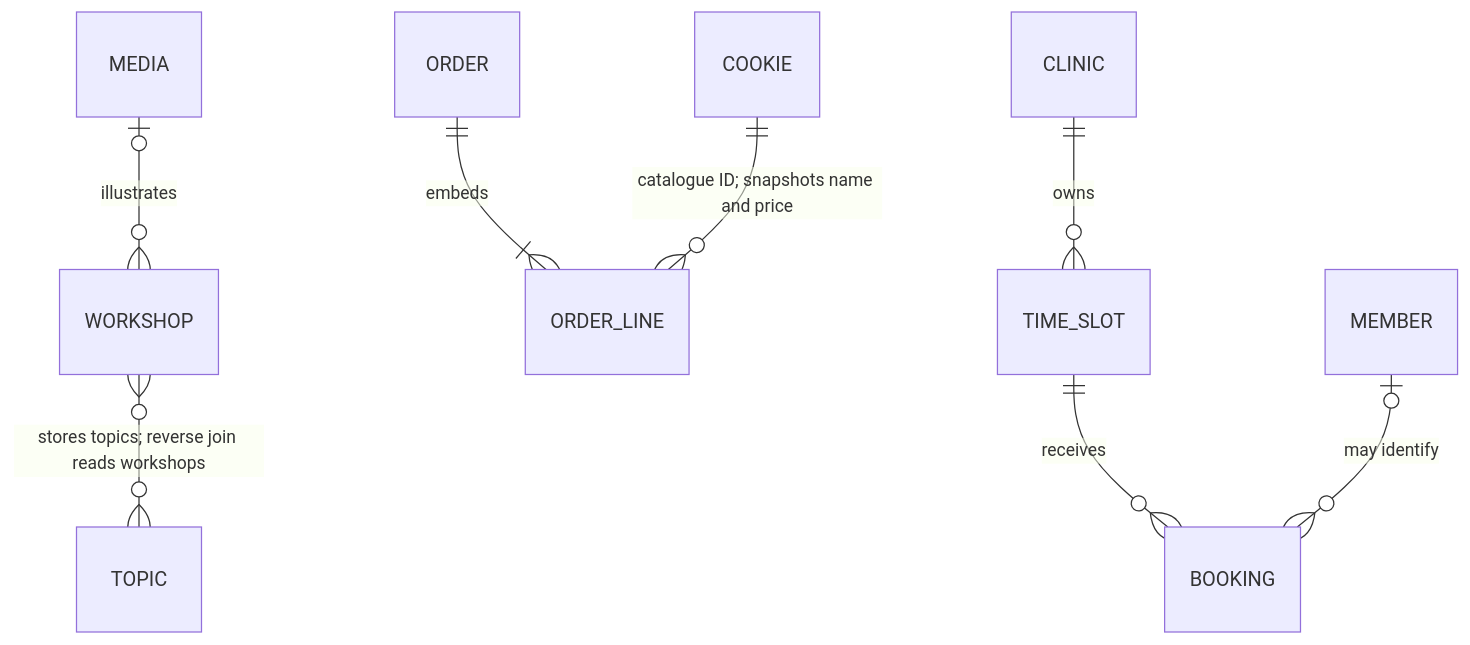
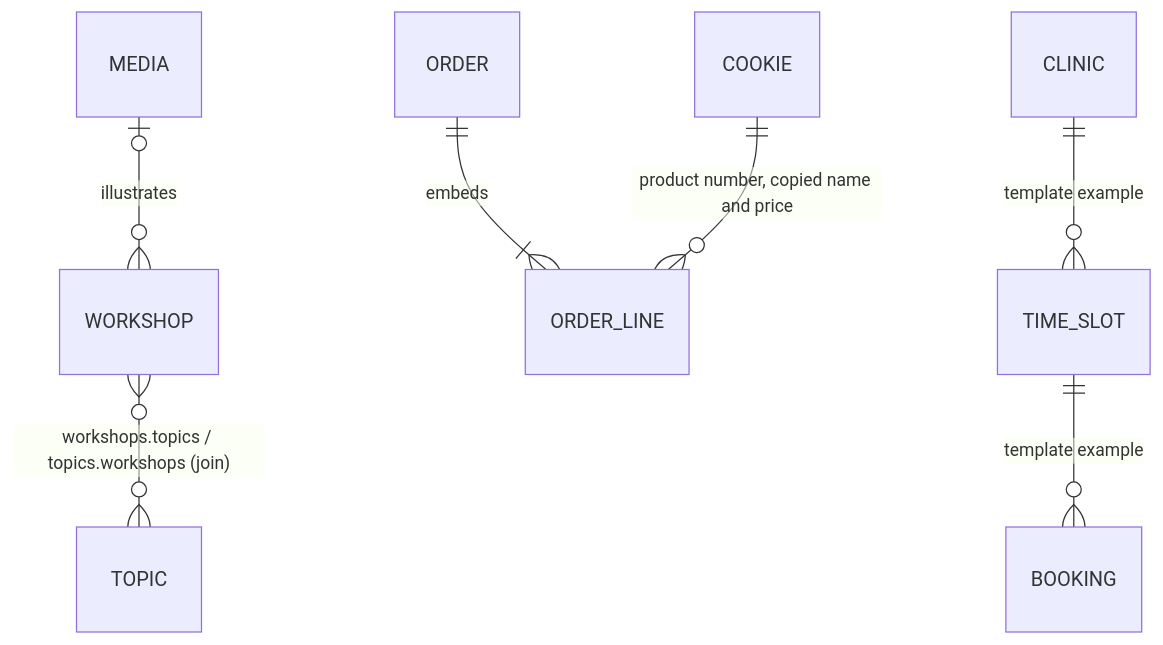
One commit to jonashey1/team11-cookie-shop changed the diagram in docs/content-structure.md. Above: the diagram before and after it, drawn with Mermaid. The commit also changed other lines of this file and 4 other files, not shown here.

````diff
--- a/docs/content-structure.md
+++ b/docs/content-structure.md
@@ -35,10 +36,9 @@
 ```mermaid
 erDiagram
-    WORKSHOP }o--o{ TOPIC : "stores topics; reverse join reads workshops"
-    MEDIA o|--o{ WORKSHOP : "illustrates"
+    WORKSHOP }o--o{ TOPIC : "workshops.topics / topics.workshops (join)"
+    MEDIA |o--o{ WORKSHOP : "illustrates"
     ORDER ||--|{ ORDER_LINE : "embeds"
-    COOKIE ||--o{ ORDER_LINE : "catalogue ID; snapshots name and price"
-    CLINIC ||--o{ TIME_SLOT : "owns"
-    TIME_SLOT ||--o{ BOOKING : "receives"
-    MEMBER o|--o{ BOOKING : "may identify"
+    COOKIE ||--o{ ORDER_LINE : "product number, copied name and price"
+    CLINIC ||--o{ TIME_SLOT : "template example"
+    TIME_SLOT ||--o{ BOOKING : "template example"
 ```
````
